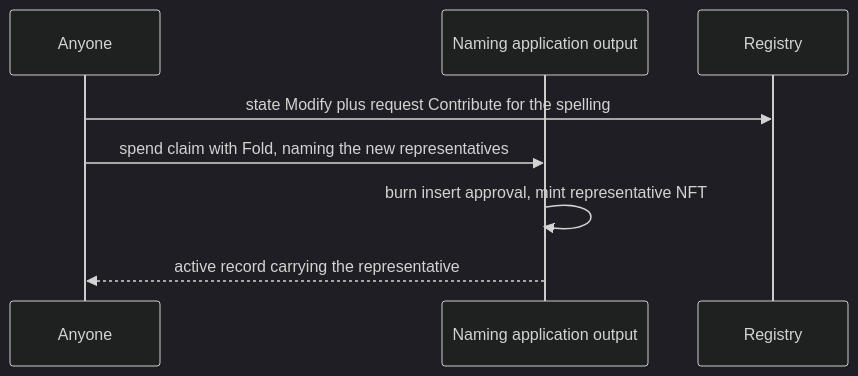
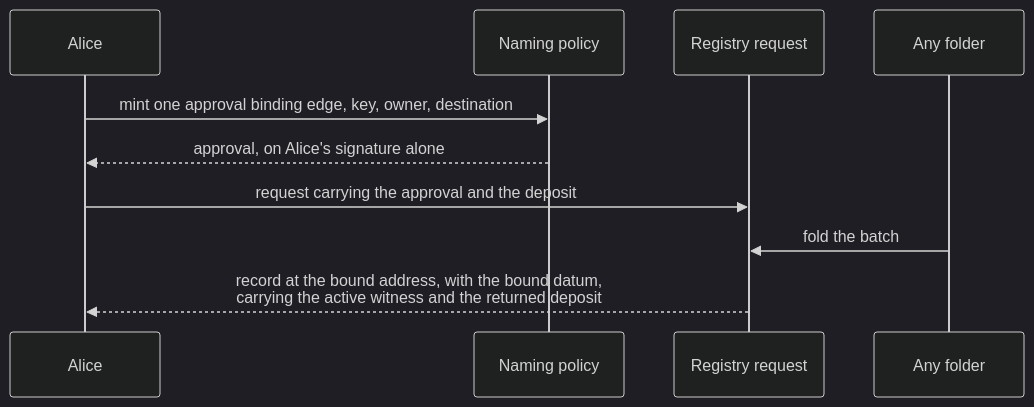
One commit to lambdasistemi/singular changed the third of 6 diagrams in docs/naming-lifecycle.md. Above: the diagram before and after it, drawn with Mermaid (dark theme). The commit also changed other lines of this file and 31 other files, not shown here.

````diff
--- a/docs/naming-lifecycle.md
+++ b/docs/naming-lifecycle.md
@@ -41,10 +115,12 @@
 ```mermaid
 sequenceDiagram
-  participant Anyone
-  participant App as Naming application output
-  participant Registry
-  Anyone->>Registry: state Modify plus request Contribute for the spelling
-  Anyone->>App: spend claim with Fold, naming the new representatives
-  App->>App: burn insert approval, mint representative NFT
-  App-->>Anyone: active record carrying the representative
+  participant Alice
+  participant App as Naming policy
+  participant Request as Registry request
+  participant Folder as Any folder
+  Alice->>App: mint one approval binding edge, key, owner, destination
+  App-->>Alice: approval, on Alice's signature alone
+  Alice->>Request: request carrying the approval and the deposit
+  Folder->>Request: fold the batch
+  Request-->>Alice: record at the bound address, with the bound datum,<br/>carrying the active witness and the returned deposit
 ```
````
